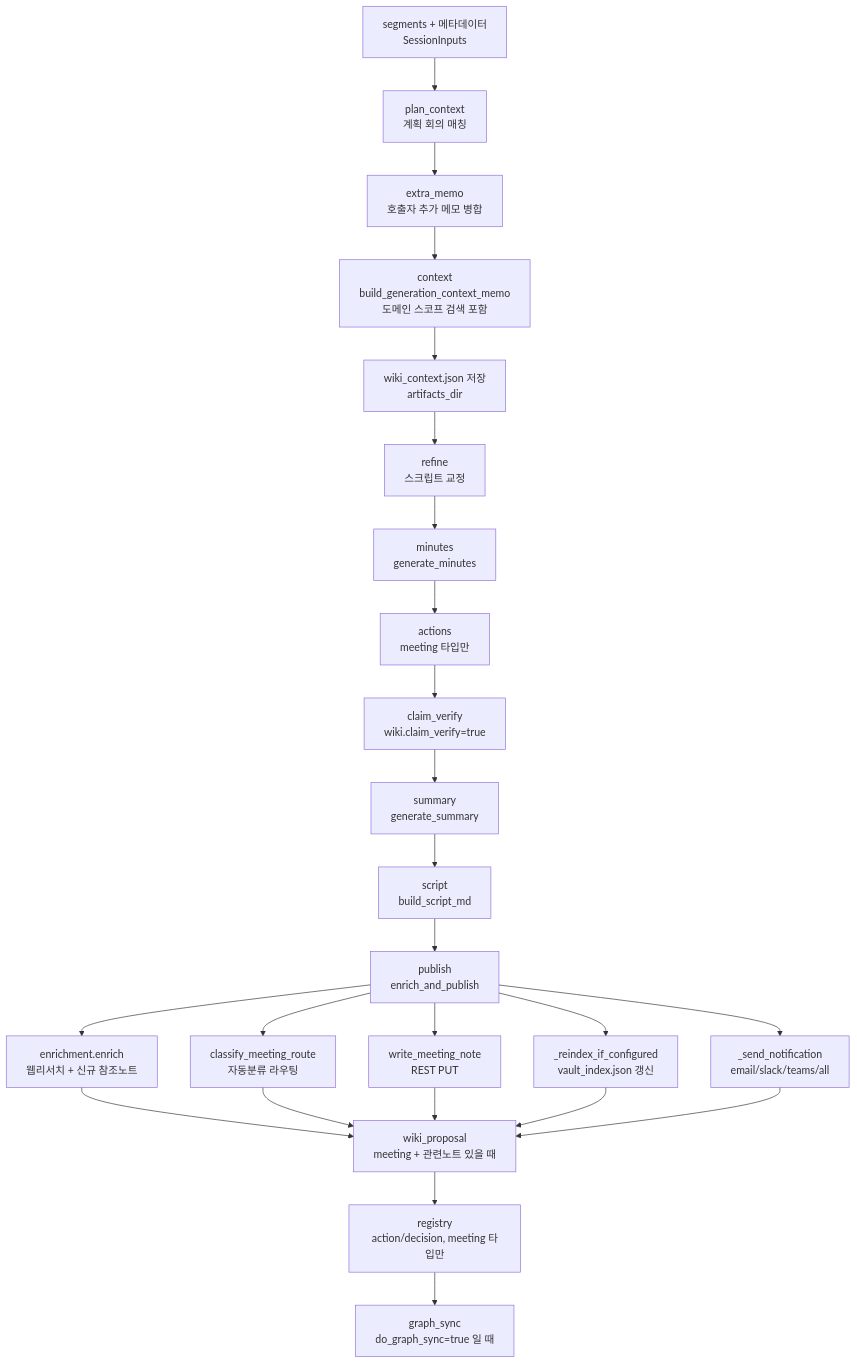
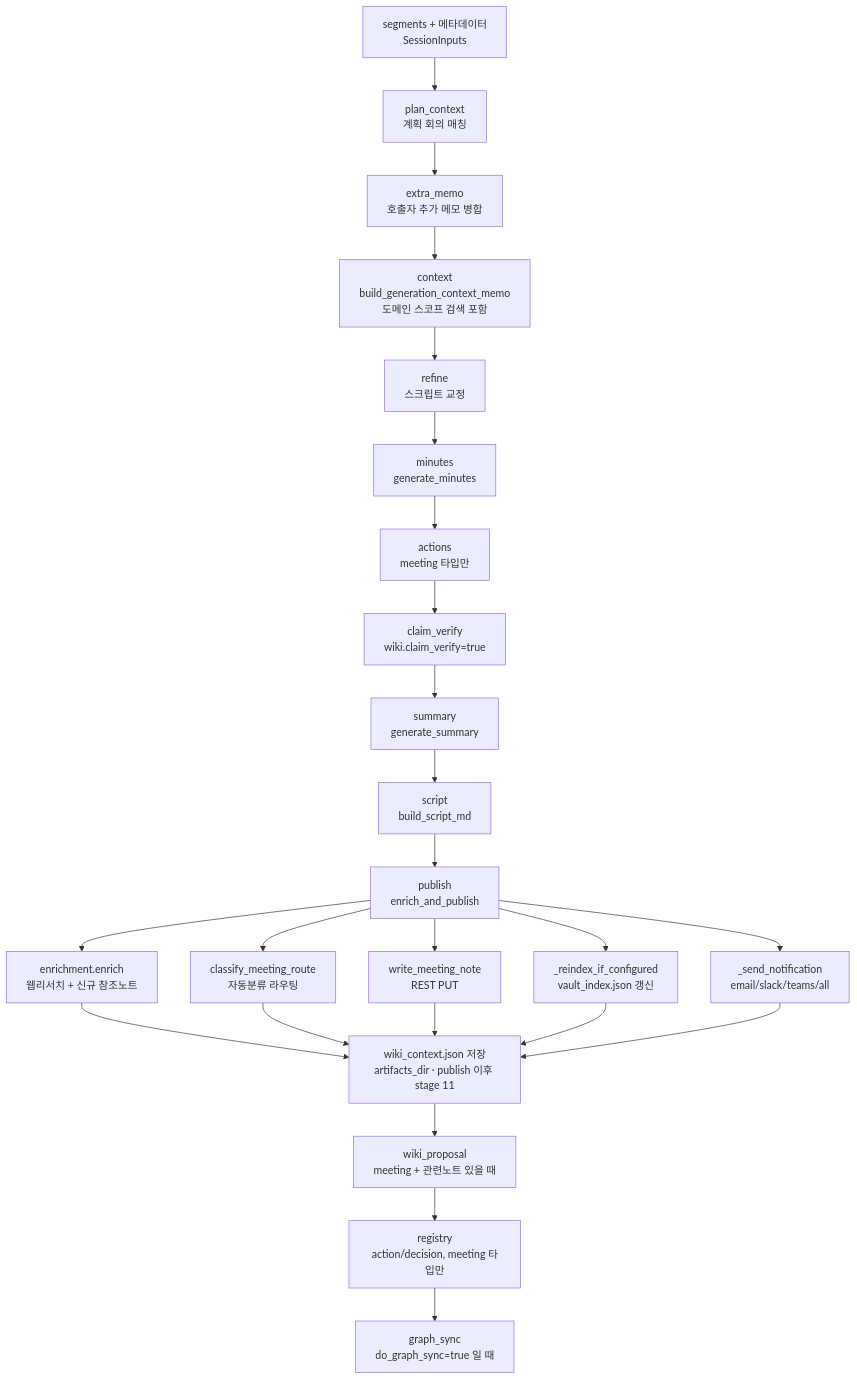
Before and after one commit to areumsim/Meeting_Minutes: the first of 10 diagrams in docs/ARCHITECTURE.md, drawn with Mermaid. The commit also changed other lines of this file and 5 other files, not shown here.

````diff
--- a/docs/ARCHITECTURE.md
+++ b/docs/ARCHITECTURE.md
@@ -42,22 +43,22 @@
 ```mermaid
 flowchart TD
     A[segments + 메타데이터\nSessionInputs] --> B[plan_context\n계획 회의 매칭]
     B --> C[extra_memo\n호출자 추가 메모 병합]
     C --> D[context\nbuild_generation_context_memo\n도메인 스코프 검색 포함]
-    D --> D2[wiki_context.json 저장\nartifacts_dir]
-    D2 --> E[refine\n스크립트 교정]
+    D --> E[refine\n스크립트 교정]
     E --> F[minutes\ngenerate_minutes]
     F --> G[actions\nmeeting 타입만]
     G --> H[claim_verify\nwiki.claim_verify=true]
     H --> I[summary\ngenerate_summary]
     I --> J[script\nbuild_script_md]
     J --> K[publish\nenrich_and_publish]
     K --> K1[enrichment.enrich\n웹리서치 + 신규 참조노트]
     K --> K2[classify_meeting_route\n자동분류 라우팅]
     K --> K3[write_meeting_note\nREST PUT]
     K --> K4[_reindex_if_configured\nvault_index.json 갱신]
     K --> K5[_send_notification\nemail/slack/teams/all]
-    K1 & K2 & K3 & K4 & K5 --> L[wiki_proposal\nmeeting + 관련노트 있을 때]
+    K1 & K2 & K3 & K4 & K5 --> W[wiki_context.json 저장\nartifacts_dir · publish 이후 stage 11]
+    W --> L[wiki_proposal\nmeeting + 관련노트 있을 때]
     L --> M[registry\naction/decision, meeting 타입만]
     M --> N[graph_sync\ndo_graph_sync=true 일 때]
 ```
````
